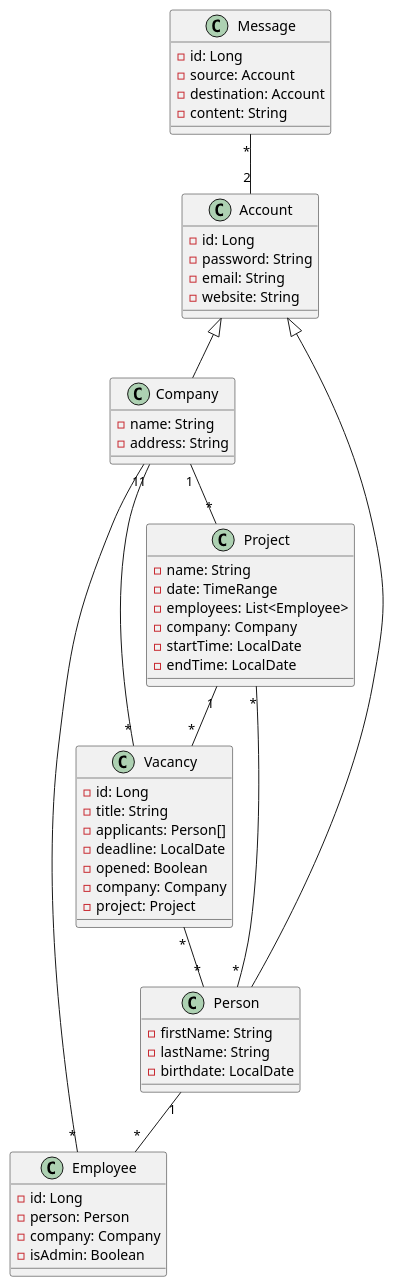
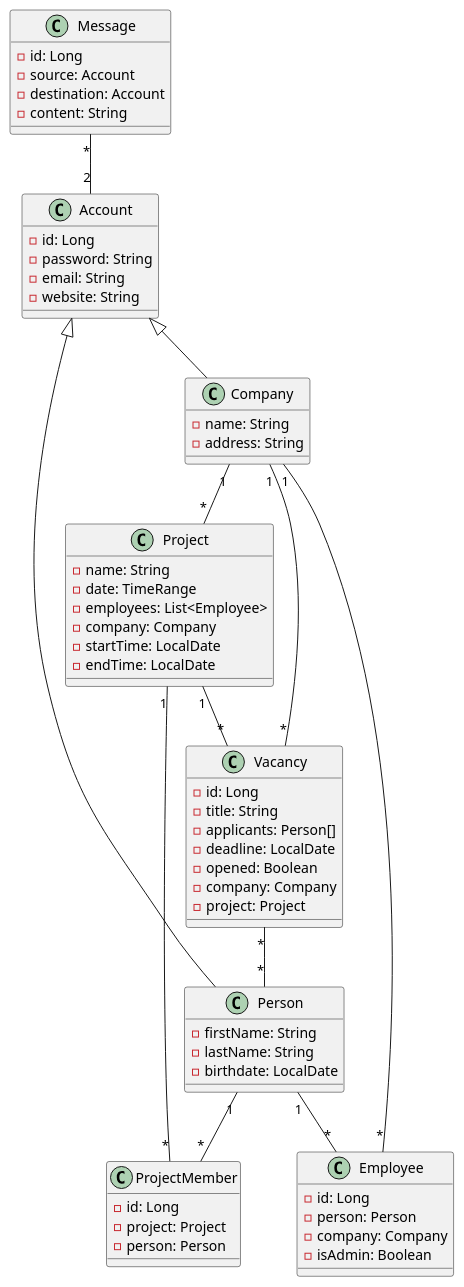
The diagram in cld/cld.puml (DirectorsView/documentation), drawn with PlantUML before and after one commit.

Commit message:
add ProjectMember

```diff
--- a/cld/cld.puml
+++ b/cld/cld.puml
@@ -1,64 +1,71 @@
 @startuml
 
 class Account {
 - id: Long
 - password: String
 - email: String
 - website: String
 }
 
 class Company {
 - name: String
 - address: String
 }
 
 class Project {
 - name: String
 - date: TimeRange
 - employees: List<Employee>
 - company: Company
 - startTime: LocalDate
 - endTime: LocalDate
 }
 
 class Person {
 - firstName: String
 - lastName: String
 - birthdate: LocalDate
+}
+
+class ProjectMember {
+- id: Long
+- project: Project
+- person: Person
 }
 
 class Vacancy {
 - id: Long
 - title: String
 - applicants: Person[]
 - deadline: LocalDate
 - opened: Boolean
 - company: Company
 - project: Project
 }
 
 class Message {
 - id: Long
 - source: Account
 - destination: Account
 - content: String
 }
 
 class Employee {
 - id: Long
 - person: Person
 - company: Company
 - isAdmin: Boolean
 }
 
 Account <|-- Company
 Account <|-- Person
 Company "1" -- "*" Project
 Company "1" -- "*" Vacancy
 Vacancy "*" -- "*"Person
 Message "*" -- "2" Account
-Project "*" -- "*" Person
 Project "1" -- "*" Vacancy
 Employee "*" -- "1" Company
 Person "1" -- "*" Employee
+ProjectMember "*" -- "1" Project
+Person "1" -- "*" ProjectMember
 @enduml
```
